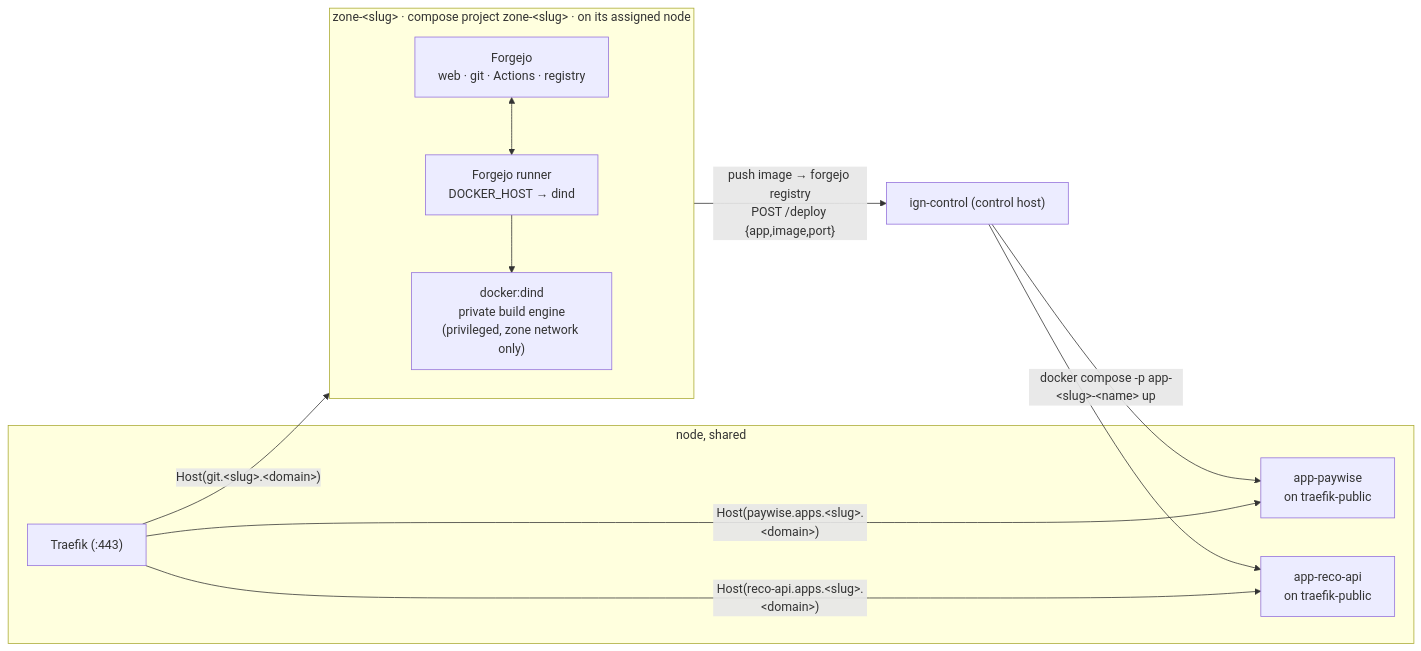
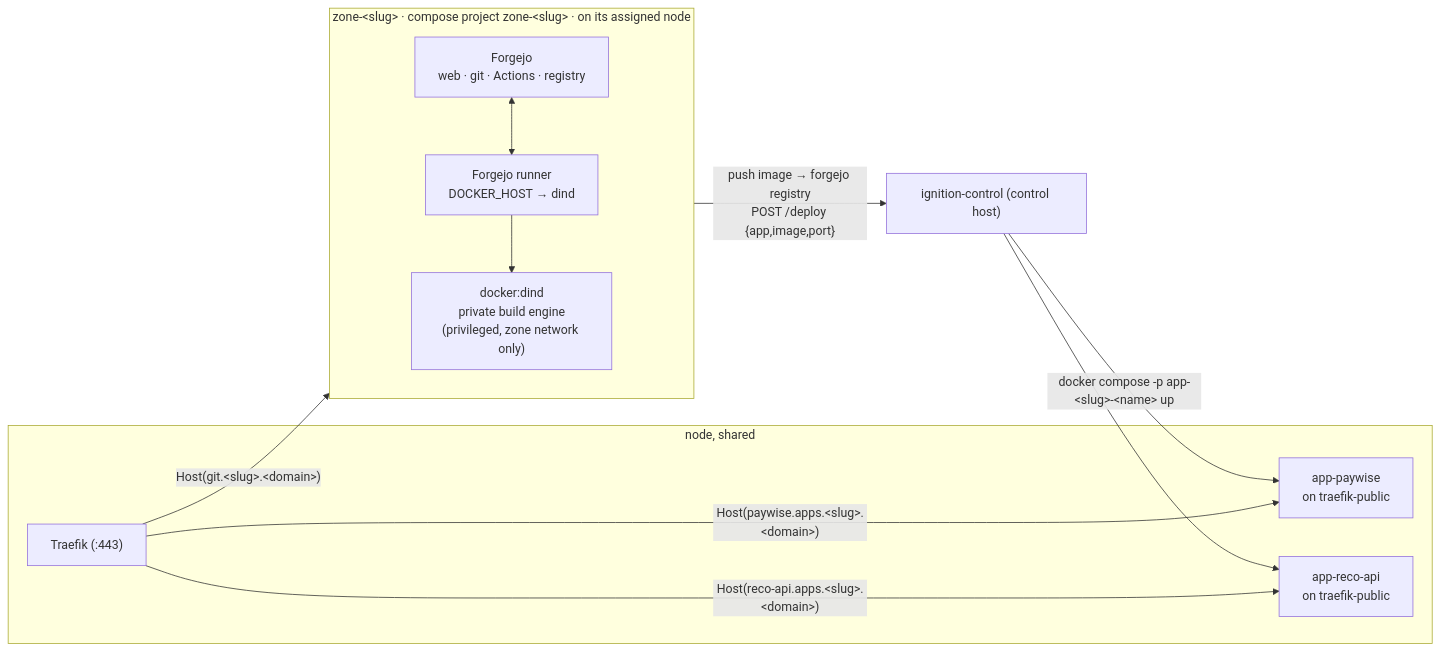
One commit to johnjoeallen/ignition changed the second of 4 diagrams in docs/architecture.md. Above: the diagram before and after it, drawn with Mermaid. The commit also changed other lines of this file and 22 other files, not shown here.

First line of the commit message:
Cut over to ignition-control (DESIGN.md step 9)

````diff
--- a/docs/architecture.md
+++ b/docs/architecture.md
@@ -78,25 +72,25 @@
 ```mermaid
 flowchart LR
     subgraph zone["zone-&lt;slug&gt;  ·  compose project zone-&lt;slug&gt;  ·  on its assigned node"]
         direction TB
         forgejo["Forgejo<br/>web · git · Actions · registry"]
         dind["docker:dind<br/>private build engine<br/>(privileged, zone network only)"]
         runner["Forgejo runner<br/>DOCKER_HOST → dind"]
         forgejo <--> runner
         runner --> dind
     end
 
     subgraph shared["node, shared"]
         traefik["Traefik  (:443)"]
         app1["app-paywise<br/>on traefik-public"]
         app2["app-reco-api<br/>on traefik-public"]
     end
 
-    cp["ign-control (control host)"]
+    cp["ignition-control (control host)"]
     traefik -->|"Host(git.&lt;slug&gt;.&lt;domain&gt;)"| forgejo
     runner -->|"push image → forgejo registry<br/>POST /deploy {app,image,port}"| cp
     cp -->|"docker compose -p app-&lt;slug&gt;-&lt;name&gt; up"| app1
     cp --> app2
     traefik -->|"Host(paywise.apps.&lt;slug&gt;.&lt;domain&gt;)"| app1
     traefik -->|"Host(reco-api.apps.&lt;slug&gt;.&lt;domain&gt;)"| app2
 ```
````
